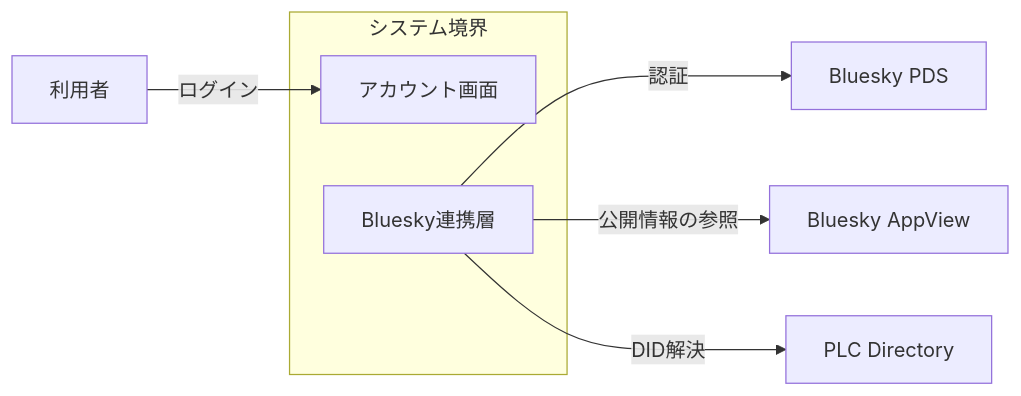
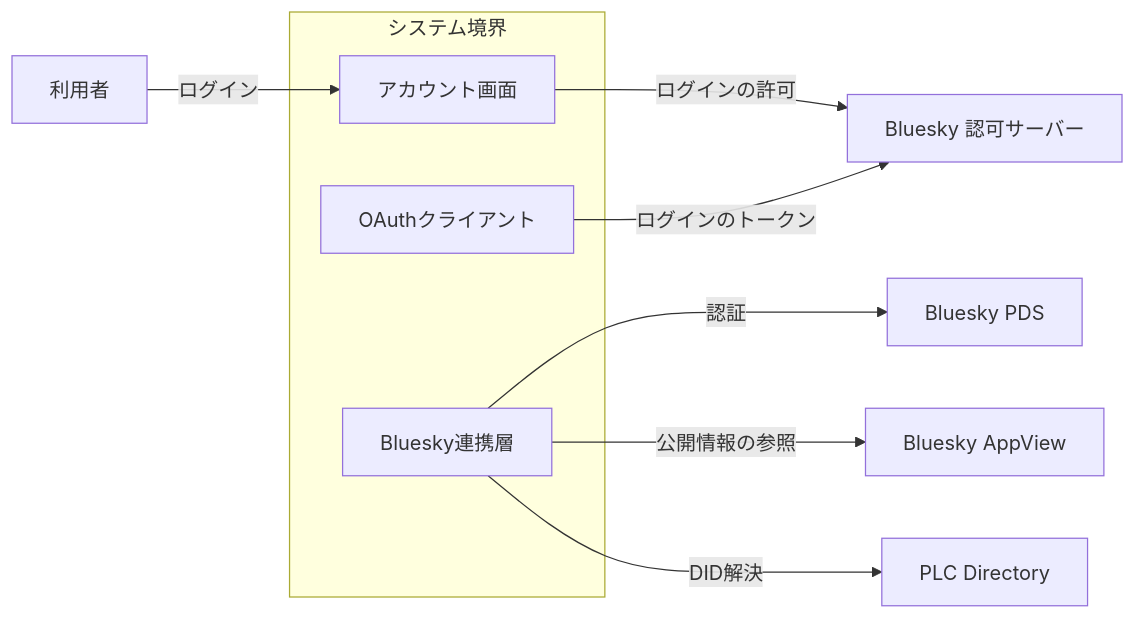
Before and after one commit to nekono-dev/skyshare: the second of 5 diagrams in docs/architecture/account-api.md, drawn with Mermaid. The commit also changed other lines of this file and 19 other files, not shown here.

````diff
--- a/docs/architecture/account-api.md
+++ b/docs/architecture/account-api.md
@@ -49,11 +57,14 @@
 ```mermaid
 flowchart LR
   subgraph システム境界
     account["アカウント画面"]
     atproto["Bluesky連携層"]
+    oauthClient["OAuthクライアント"]
   end
   ext_user["利用者"] -->|ログイン| account
   atproto -->|認証| ext_pds["Bluesky PDS"]
   atproto -->|公開情報の参照| ext_appview["Bluesky AppView"]
   atproto -->|DID解決| ext_plc["PLC Directory"]
+  account -->|ログインの許可| ext_auth["Bluesky 認可サーバー"]
+  oauthClient -->|ログインのトークン| ext_auth
 ```
````
